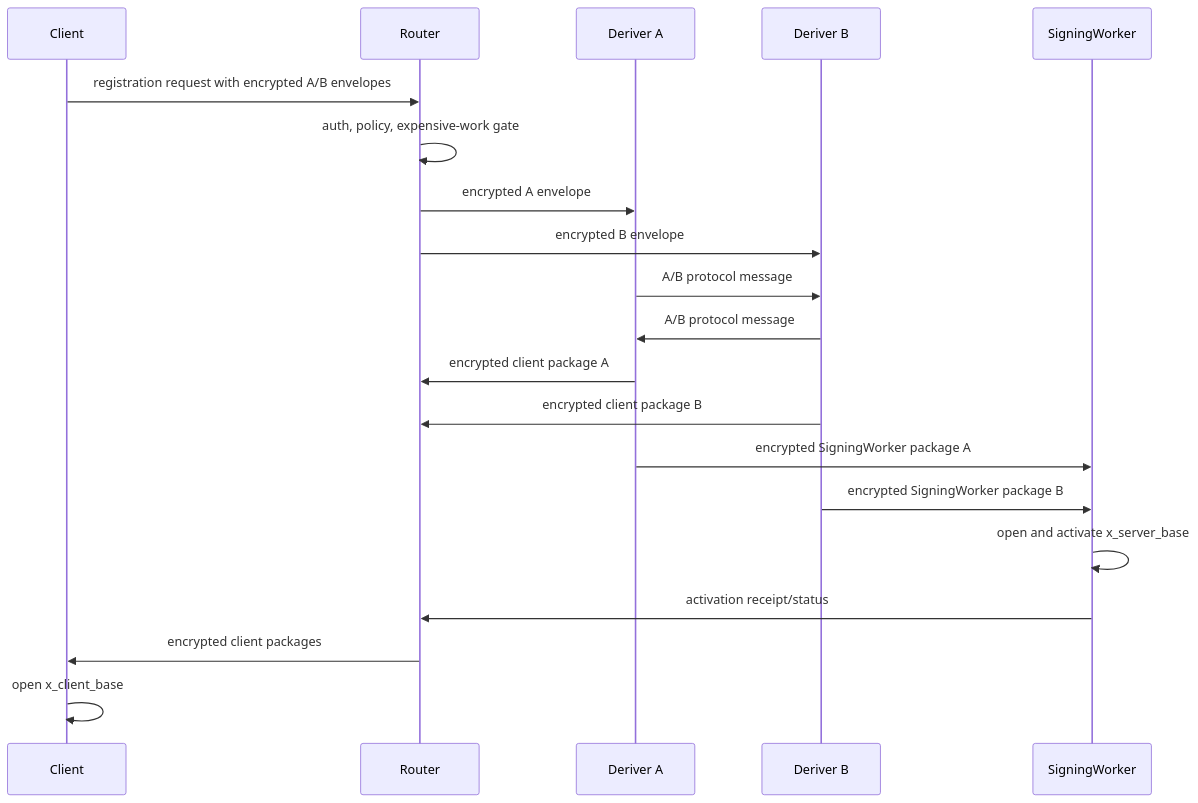
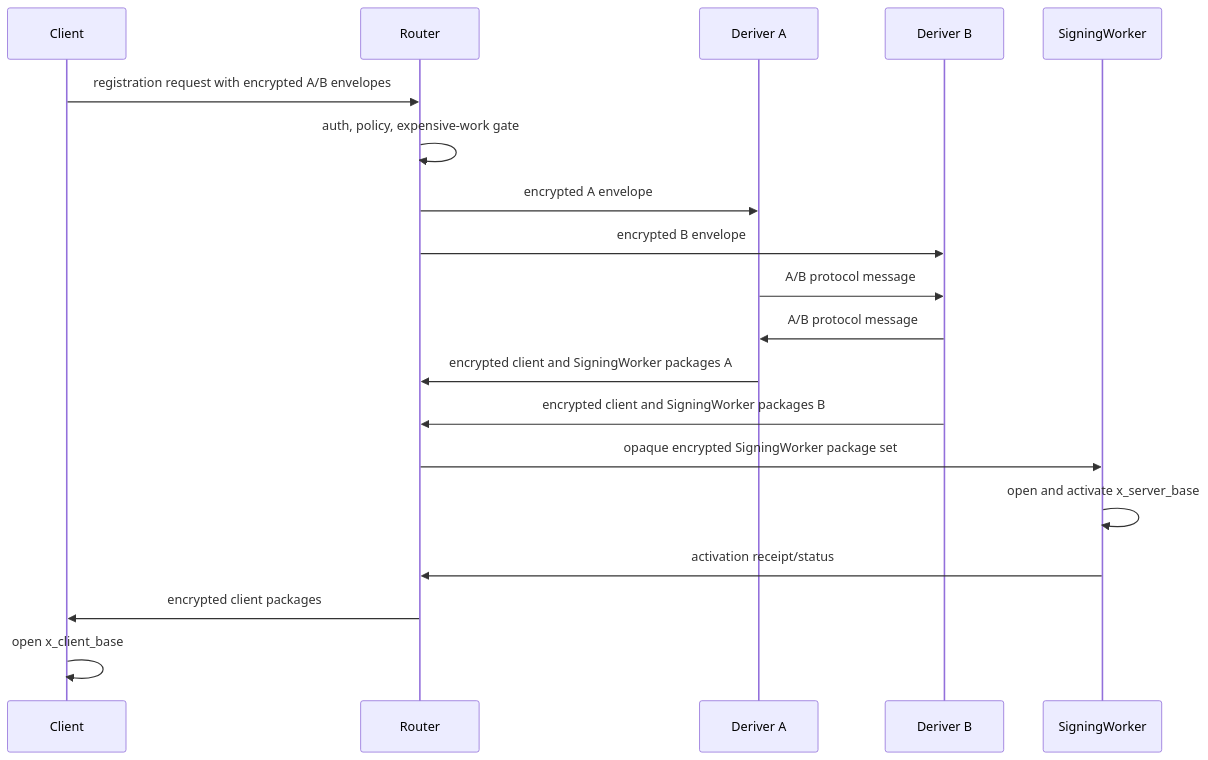
One commit to seams-tech/seams-sdk changed the seventh of 22 diagrams in docs/router-a-b-SPEC.md. Above: the diagram before and after it, drawn with Mermaid. The commit also changed other lines of this file and 48 other files, not shown here.

````diff
--- a/docs/router-a-b-SPEC.md
+++ b/docs/router-a-b-SPEC.md
@@ -489,23 +494,22 @@
 ```mermaid
 sequenceDiagram
   participant C as Client
   participant R as Router
   participant A as Deriver A
   participant B as Deriver B
   participant SW as SigningWorker
 
   C->>R: registration request with encrypted A/B envelopes
   R->>R: auth, policy, expensive-work gate
   R->>A: encrypted A envelope
   R->>B: encrypted B envelope
   A->>B: A/B protocol message
   B->>A: A/B protocol message
-  A->>R: encrypted client package A
-  B->>R: encrypted client package B
-  A->>SW: encrypted SigningWorker package A
-  B->>SW: encrypted SigningWorker package B
+  A->>R: encrypted client and SigningWorker packages A
+  B->>R: encrypted client and SigningWorker packages B
+  R->>SW: opaque encrypted SigningWorker package set
   SW->>SW: open and activate x_server_base
   SW->>R: activation receipt/status
   R->>C: encrypted client packages
   C->>C: open x_client_base
 ```
````
